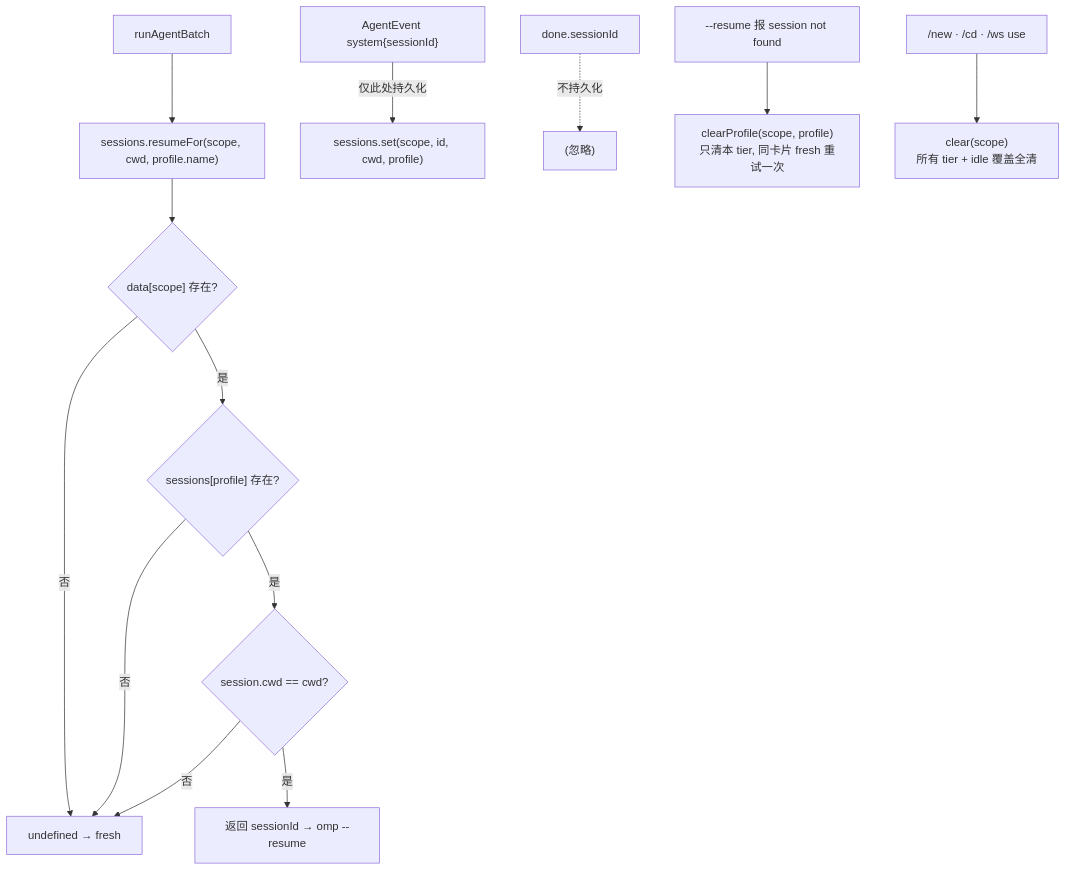
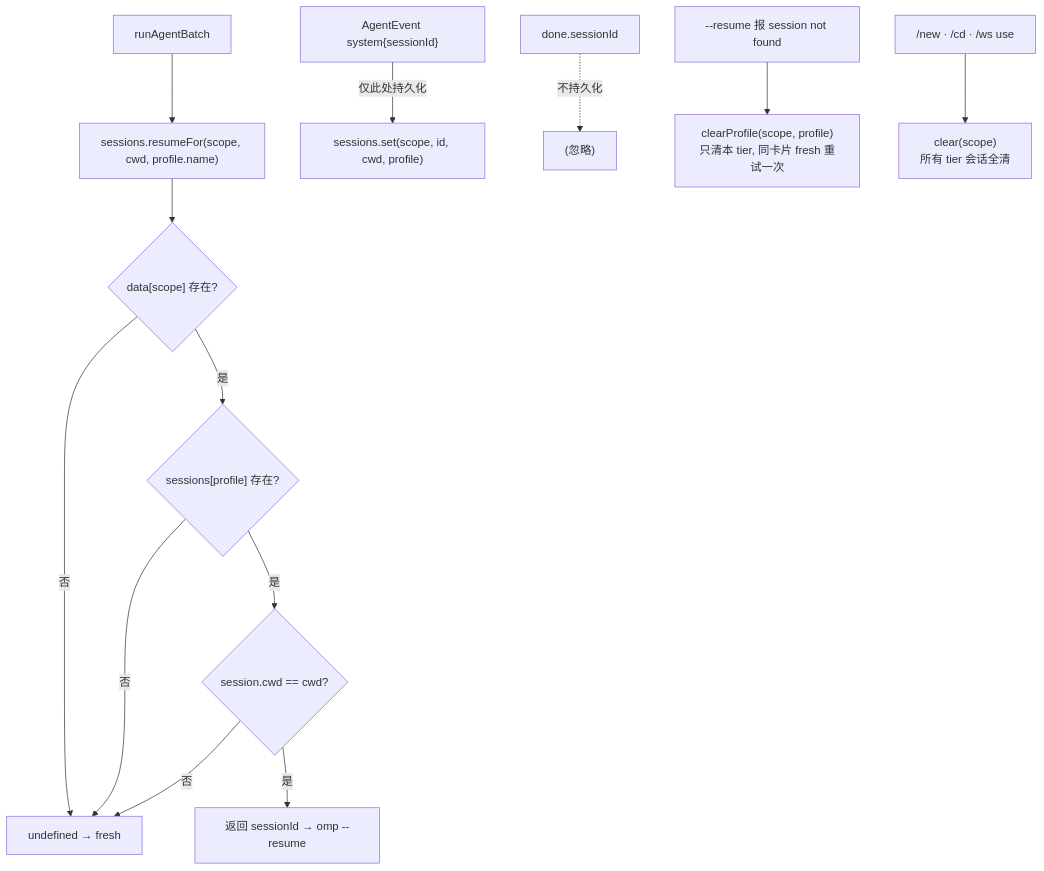
One commit to sorphwer/feishu-omp-bridge changed the second of 3 diagrams in how-it-works/07-sessions-workspaces-media.md. Above: the diagram before and after it, drawn with Mermaid. The commit also changed other lines of this file and 15 other files, not shown here.

````diff
--- a/how-it-works/07-sessions-workspaces-media.md
+++ b/how-it-works/07-sessions-workspaces-media.md
@@ -79,15 +76,15 @@
 ```mermaid
 flowchart TD
   RUN["runAgentBatch"] --> RF["sessions.resumeFor(scope, cwd, profile.name)"]
   RF --> S1{"data[scope] 存在?"}
   S1 -->|否| FRESH["undefined → fresh"]
   S1 -->|是| S2{"sessions[profile] 存在?"}
   S2 -->|否| FRESH
   S2 -->|是| S3{"session.cwd == cwd?"}
   S3 -->|否| FRESH
   S3 -->|是| SID["返回 sessionId → omp --resume"]
   SYS["AgentEvent system{sessionId}"] -->|"仅此处持久化"| SET["sessions.set(scope, id, cwd, profile)"]
   DONE["done.sessionId"] -.->|"不持久化"| X["(忽略)"]
   MISS["--resume 报 session not found"] --> CP["clearProfile(scope, profile)<br/>只清本 tier, 同卡片 fresh 重试一次"]
-  CMD["/new · /cd · /ws use"] --> CL["clear(scope)<br/>所有 tier + idle 覆盖全清"]
+  CMD["/new · /cd · /ws use"] --> CL["clear(scope)<br/>所有 tier 会话全清"]
 ```
````
